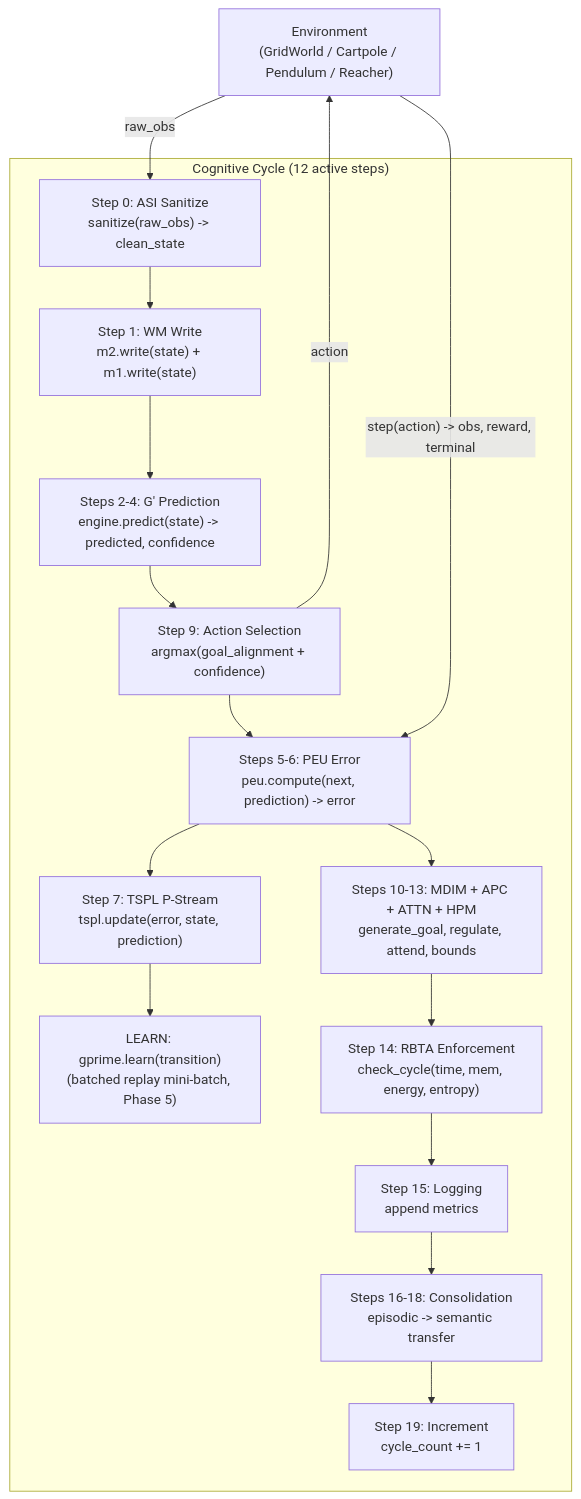
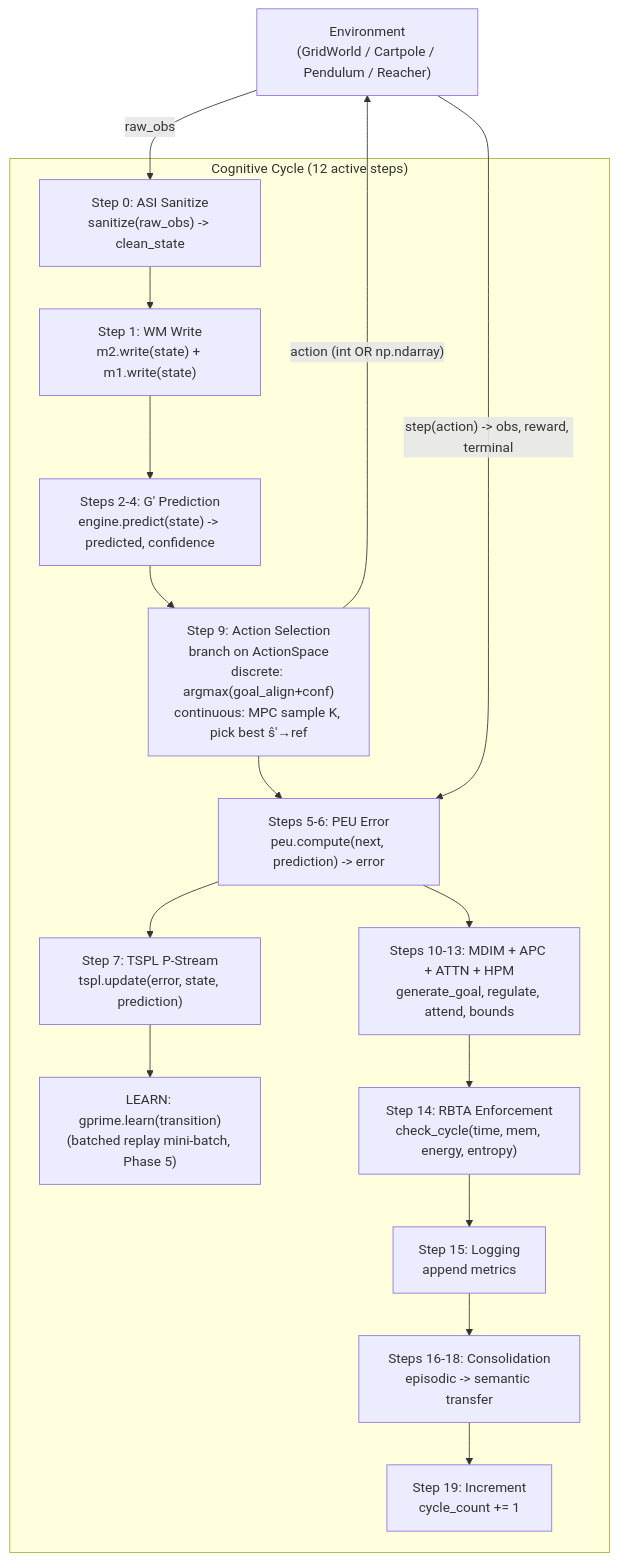
Before and after one commit to ali-baneshi/phca-v3: the diagram in docs/architecture.md, drawn with Mermaid. The commit also changed other lines of this file and 12 other files, not shown here.

````diff
--- a/docs/architecture.md
+++ b/docs/architecture.md
@@ -23,23 +24,23 @@
 ```mermaid
 flowchart TD
     ENV["Environment<br/>(GridWorld / Cartpole / Pendulum / Reacher)"] -- "raw_obs" --> ASI
     subgraph cycle ["Cognitive Cycle (12 active steps)"]
       ASI["Step 0: ASI Sanitize<br/>sanitize(raw_obs) -> clean_state"]
       WM["Step 1: WM Write<br/>m2.write(state) + m1.write(state)"]
       PE["Steps 2-4: G' Prediction<br/>engine.predict(state) -> predicted, confidence"]
       PEU["Steps 5-6: PEU Error<br/>peu.compute(next, prediction) -> error"]
       TSPL["Step 7: TSPL P-Stream<br/>tspl.update(error, state, prediction)"]
       LEARN["LEARN: gprime.learn(transition)<br/>(batched replay mini-batch, Phase 5)"]
-      ACT["Step 9: Action Selection<br/>argmax(goal_alignment + confidence)"]
+      ACT["Step 9: Action Selection<br/>branch on ActionSpace<br/>discrete: argmax(goal_align+conf)<br/>continuous: MPC sample K, pick best ŝ'→ref"]
       REG["Steps 10-13: MDIM + APC + ATTN + HPM<br/>generate_goal, regulate, attend, bounds"]
       RBTA["Step 14: RBTA Enforcement<br/>check_cycle(time, mem, energy, entropy)"]
       LOG["Step 15: Logging<br/>append metrics"]
       CONSOL["Steps 16-18: Consolidation<br/>episodic -> semantic transfer"]
       INC["Step 19: Increment<br/>cycle_count += 1"]
       ASI --> WM --> PE --> ACT
       ACT --> PEU --> TSPL --> LEARN
       PEU --> REG --> RBTA --> LOG --> CONSOL --> INC
     end
-    ACT -- "action" --> ENV
+    ACT -- "action (int OR np.ndarray)" --> ENV
     ENV -- "step(action) -> obs, reward, terminal" --> PEU
 ```
````
